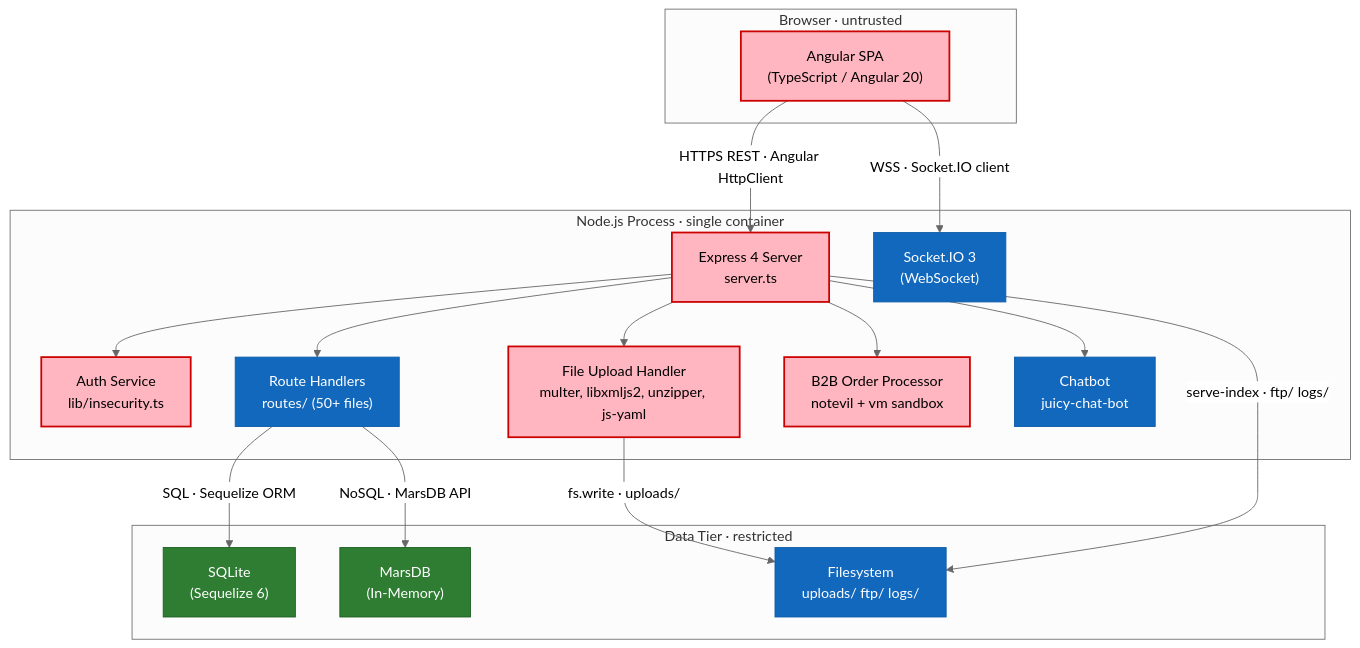
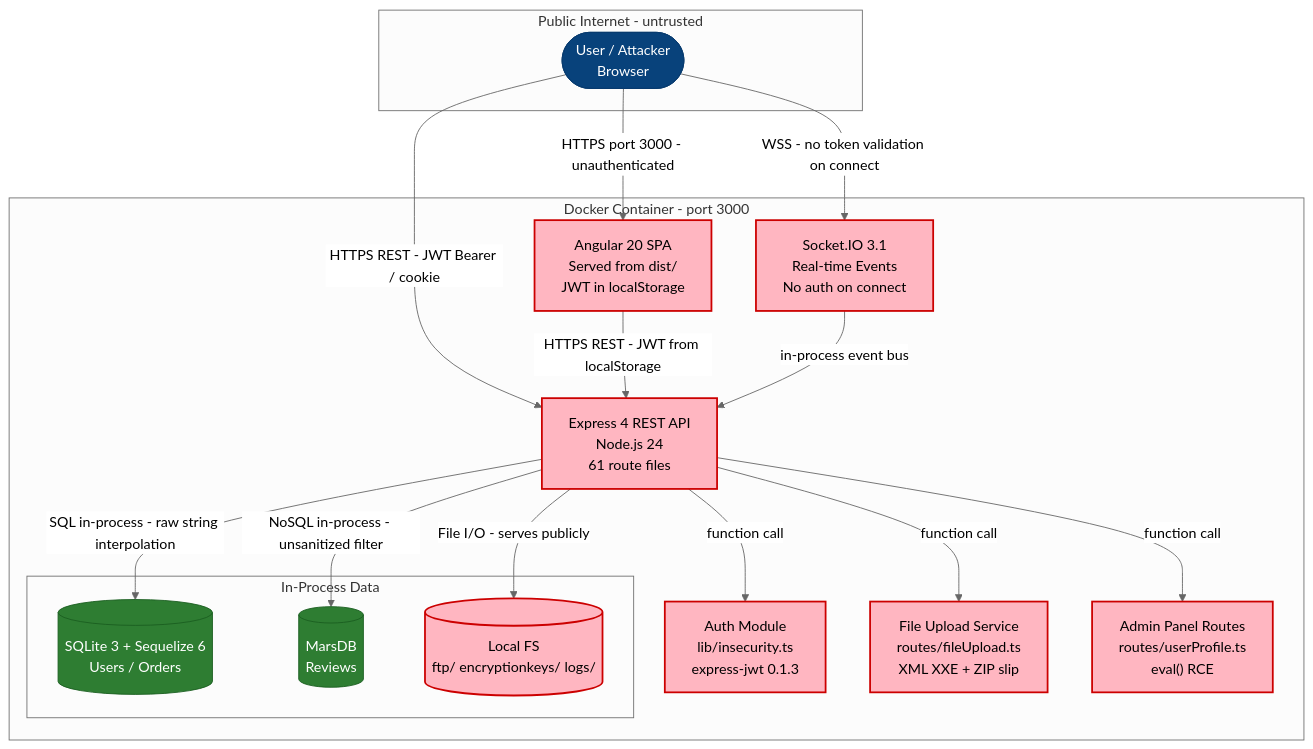
Before and after one commit to appsec-foundry/appsec-advisor: the second of 17 diagrams in examples/juice-shop/threat-model-juiceshop-thorough.md, drawn with Mermaid (neutral theme). The commit also changed other lines of this file and 12 other files, not shown here.

Commit message:
new schema & quality enforcement implemented

````diff
--- a/examples/juice-shop/threat-model-juiceshop-thorough.md
+++ b/examples/juice-shop/threat-model-juiceshop-thorough.md
@@ -275,40 +301,41 @@
 ```mermaid
 graph TD
-    subgraph BROWSER["Browser · untrusted"]
-        SPA["Angular SPA\n(TypeScript / Angular 20)"]:::risk
+    classDef person   fill:#08427B,stroke:#073B6F,color:#fff
+    classDef system   fill:#1168BD,stroke:#0E5CA8,color:#fff
+    classDef external fill:#999,stroke:#666,color:#fff
+    classDef db       fill:#2E7D32,stroke:#1B5E20,color:#fff
+    classDef risk     fill:#FFB6C1,stroke:#c00,color:#000,stroke-width:2px
+
+    User(["User / Attacker<br/>Browser"]):::person
+
+    subgraph INTERNET["Public Internet - untrusted"]
+        User
     end
 
-    subgraph SERVER["Node.js Process · single container"]
-        EXPRESS["Express 4 Server\nserver.ts"]:::risk
-        AUTH["Auth Service\nlib/insecurity.ts"]:::risk
-        ROUTES["Route Handlers\nroutes/ (50+ files)"]:::system
-        FILE_HANDLER["File Upload Handler\nmulter, libxmljs2, unzipper, js-yaml"]:::risk
-        B2B["B2B Order Processor\nnotevil + vm sandbox"]:::risk
-        CHATBOT["Chatbot\njuicy-chat-bot"]:::system
-        SOCKETIO["Socket.IO 3\n(WebSocket)"]:::system
+    subgraph CONTAINER["Docker Container - port 3000"]
+        FrontendSPA["Angular 20 SPA<br/>Served from dist/<br/>JWT in localStorage"]:::risk
+        ExpressAPI["Express 4 REST API<br/>Node.js 24<br/>61 route files"]:::risk
+        AuthModule["Auth Module<br/>lib/insecurity.ts<br/>express-jwt 0.1.3"]:::risk
+        FileUploadSvc["File Upload Service<br/>routes/fileUpload.ts<br/>XML XXE + ZIP slip"]:::risk
+        AdminPanel["Admin Panel Routes<br/>routes/userProfile.ts<br/>eval() RCE"]:::risk
+        SocketIO["Socket.IO 3.1<br/>Real-time Events<br/>No auth on connect"]:::risk
+
+        subgraph DATA_IN["In-Process Data"]
+            SQLite[("SQLite 3 + Sequelize 6<br/>Users / Orders")]:::db
+            MarsDB[("MarsDB<br/>Reviews")]:::db
+            LocalFS[("Local FS<br/>ftp/ encryptionkeys/ logs/")]:::risk
+        end
     end
 
-    subgraph DATA["Data Tier · restricted"]
-        SQLITE["SQLite\n(Sequelize 6)"]:::db
-        MARSDB["MarsDB\n(In-Memory)"]:::db
-        FS["Filesystem\nuploads/ ftp/ logs/"]:::system
-    end
-
-    SPA -->|"HTTPS REST · Angular HttpClient"| EXPRESS
-    SPA -->|"WSS · Socket.IO client"| SOCKETIO
-    EXPRESS --> AUTH
-    EXPRESS --> ROUTES
-    EXPRESS --> FILE_HANDLER
-    EXPRESS --> B2B
-    EXPRESS --> CHATBOT
-    ROUTES -->|"SQL · Sequelize ORM"| SQLITE
-    ROUTES -->|"NoSQL · MarsDB API"| MARSDB
-    FILE_HANDLER -->|"fs.write · uploads/"| FS
-    EXPRESS -->|"serve-index · ftp/ logs/"| FS
-
-    classDef person fill:#08427B,stroke:#073B6F,color:#fff
-    classDef system fill:#1168BD,stroke:#0E5CA8,color:#fff
-    classDef external fill:#999,stroke:#666,color:#fff
-    classDef db fill:#2E7D32,stroke:#1B5E20,color:#fff
-    classDef risk fill:#FFB6C1,stroke:#c00,color:#000,stroke-width:2px
+    User -->|"HTTPS port 3000 - unauthenticated"| FrontendSPA
+    User -->|"HTTPS REST - JWT Bearer / cookie"| ExpressAPI
+    User -->|"WSS - no token validation on connect"| SocketIO
+    FrontendSPA -->|"HTTPS REST - JWT from localStorage"| ExpressAPI
+    ExpressAPI -->|"function call"| AuthModule
+    ExpressAPI -->|"function call"| FileUploadSvc
+    ExpressAPI -->|"function call"| AdminPanel
+    ExpressAPI -->|"SQL in-process - raw string interpolation"| SQLite
+    ExpressAPI -->|"NoSQL in-process - unsanitized filter"| MarsDB
+    ExpressAPI -->|"File I/O - serves publicly"| LocalFS
+    SocketIO -->|"in-process event bus"| ExpressAPI
 ```
````
